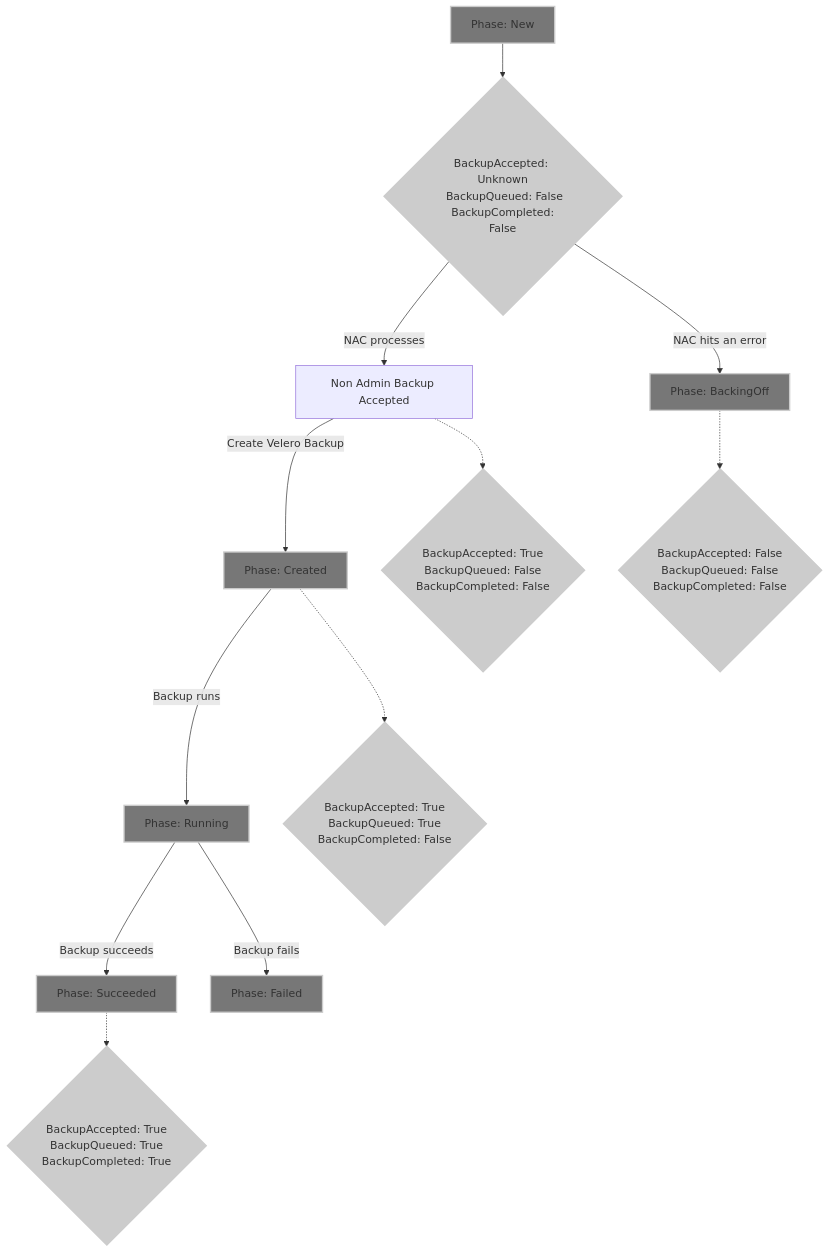
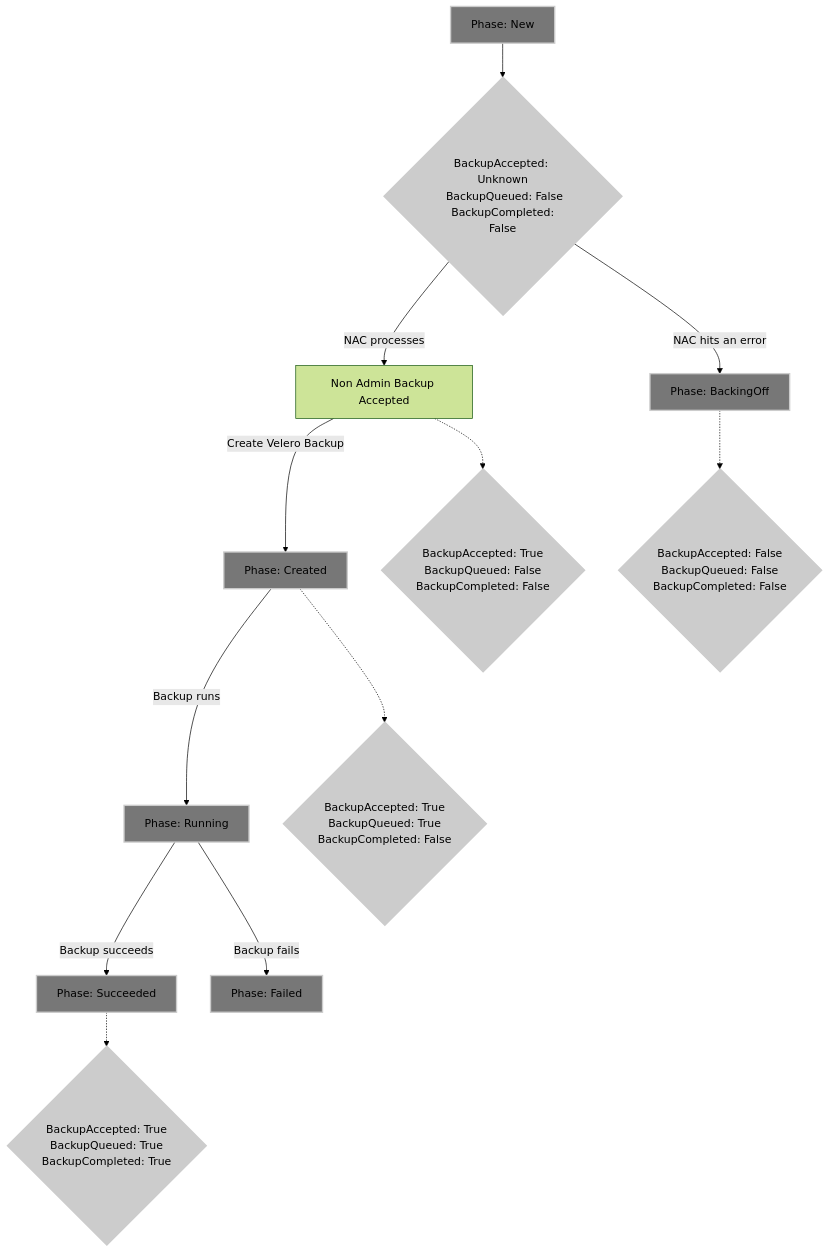
One commit to migtools/oadp-non-admin changed the diagram in design/nab_status_update_ver_1.md. Above: the diagram before and after it, drawn with Mermaid.

Commit message:
Apply suggestions from code review

````diff
--- a/design/nab_status_update_ver_1.md
+++ b/design/nab_status_update_ver_1.md
@@ -63,21 +63,22 @@
 ```mermaid
+%%{init: {'theme':'forest'}}%%
 graph
 AA[Phase: New] -->A
 A{BackupAccepted: Unknown\n BackupQueued: False\n BackupCompleted: False}  -- NAC processes --> B[Non Admin Backup Accepted]
 A -- NAC hits an error --> E[Phase: BackingOff]
 B -- Create Velero Backup --> C[Phase: Created]
 B -.-> BA{BackupAccepted: True\nBackupQueued: False\nBackupCompleted: False}
 C  -- Backup runs --> D[Phase: Running]
 C -.-> BS{BackupAccepted: True\nBackupQueued: True\nBackupCompleted: False}
 D -- Backup succeeds --> F[Phase: Succeeded]
 F -.-> FF{BackupAccepted: True\nBackupQueued: True\nBackupCompleted: True}
 
 D -- Backup fails --> G[Phase: Failed]
 E -.-> EE{BackupAccepted: False\nBackupQueued: False\nBackupCompleted: False}
 
 classDef conditions fill:#ccc,stroke:#ccc,stroke-width:2px;
 class A,BA,BS,BC,EE,FF conditions;
 classDef phases fill:#777,stroke:#ccc,stroke-width:2px;
 class AA,C,D,E,G,F phases;
 
 ```
````
